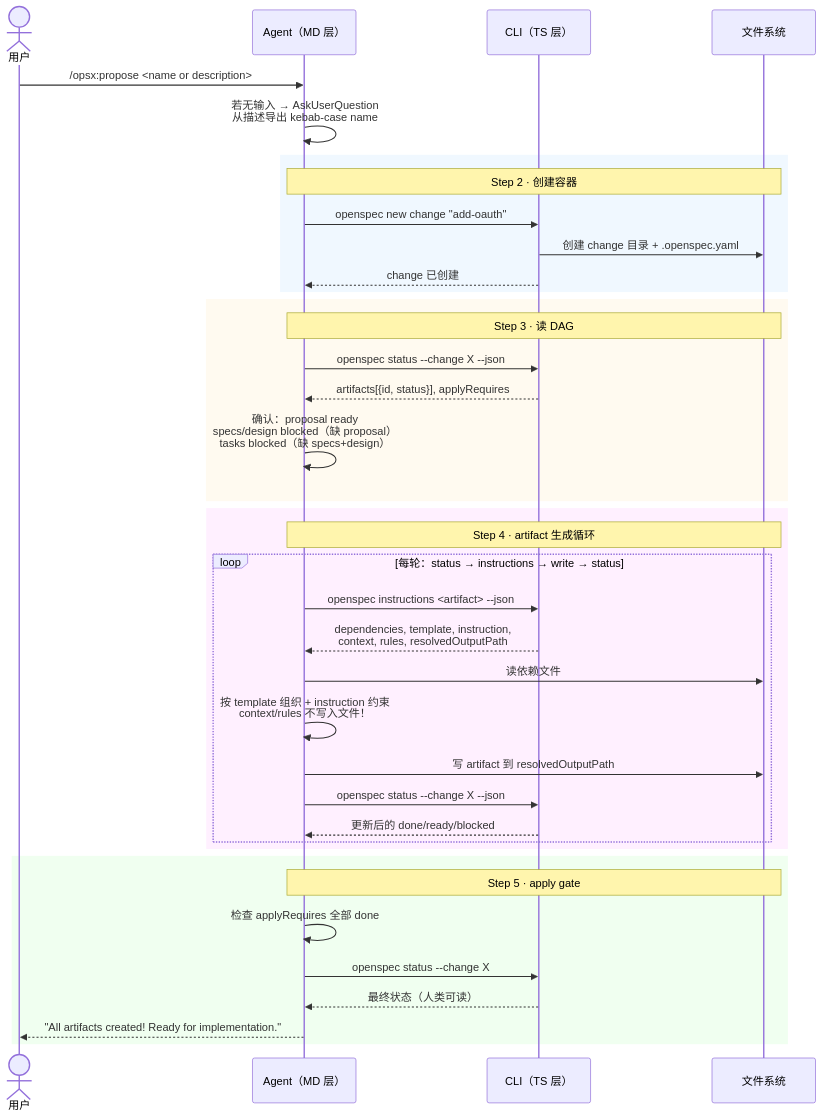
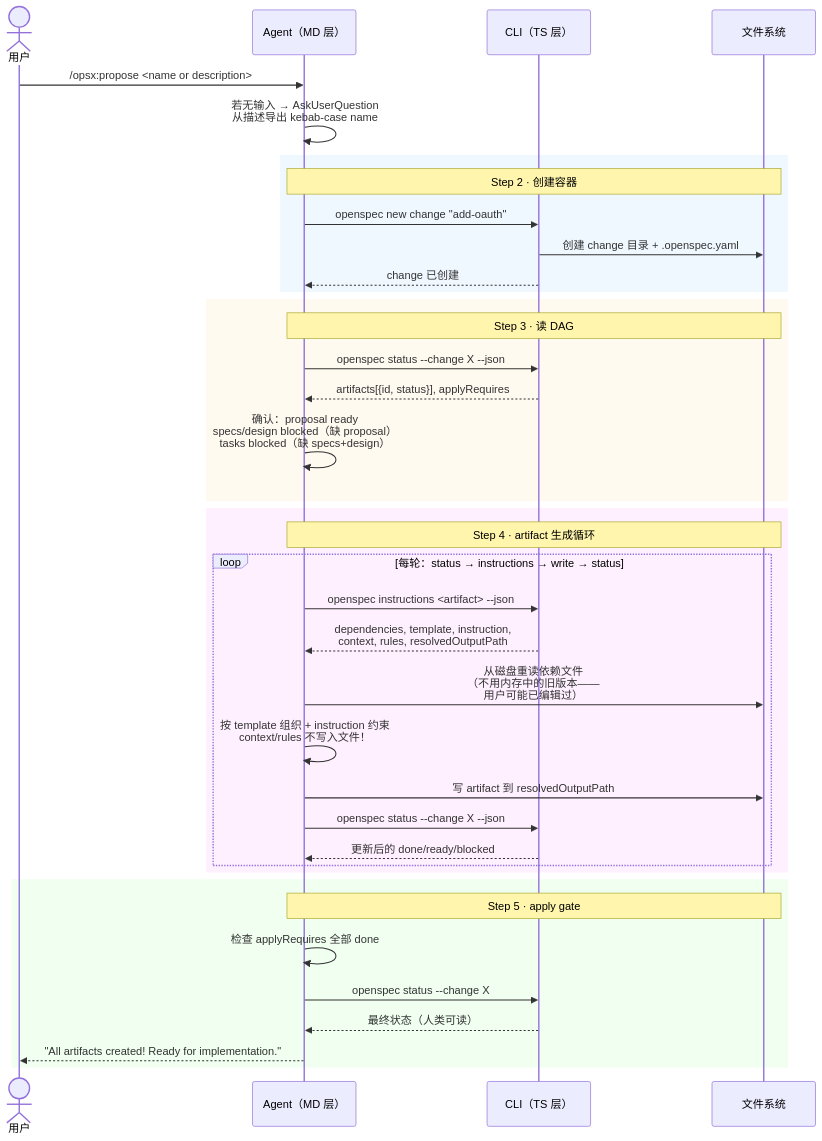
The diagram in _digested/workflows/02-propose.md (ethan-jiang-3/OpenSpec), drawn with Mermaid before and after one commit. The commit also changed other lines of this file and 10 other files, not shown here.

````diff
--- a/_digested/workflows/02-propose.md
+++ b/_digested/workflows/02-propose.md
@@ -40,45 +40,45 @@
 ```mermaid
 sequenceDiagram
     actor User as 用户
     participant MD as Agent（MD 层）
     participant TS as CLI（TS 层）
     participant FS as 文件系统
 
     User->>MD: /opsx:propose <name or description>
     MD->>MD: 若无输入 → AskUserQuestion<br/>从描述导出 kebab-case name
 
     rect rgb(240, 248, 255)
         Note over MD,FS: Step 2 · 创建容器
         MD->>TS: openspec new change "add-oauth"
         TS->>FS: 创建 change 目录 + .openspec.yaml
         TS-->>MD: change 已创建
     end
 
     rect rgb(255, 250, 240)
         Note over MD,FS: Step 3 · 读 DAG
         MD->>TS: openspec status --change X --json
         TS-->>MD: artifacts[{id, status}], applyRequires
         MD->>MD: 确认：proposal ready<br/>specs/design blocked（缺 proposal）<br/>tasks blocked（缺 specs+design）
     end
 
     rect rgb(255, 240, 255)
         Note over MD,FS: Step 4 · artifact 生成循环
         loop 每轮：status → instructions → write → status
             MD->>TS: openspec instructions <artifact> --json
             TS-->>MD: dependencies, template, instruction,<br/>context, rules, resolvedOutputPath
-            MD->>FS: 读依赖文件
+            MD->>FS: 从磁盘重读依赖文件<br/>（不用内存中的旧版本——<br/>用户可能已编辑过）
             MD->>MD: 按 template 组织 + instruction 约束<br/>context/rules 不写入文件！
             MD->>FS: 写 artifact 到 resolvedOutputPath
             MD->>TS: openspec status --change X --json
             TS-->>MD: 更新后的 done/ready/blocked
         end
     end
 
     rect rgb(240, 255, 240)
         Note over MD,FS: Step 5 · apply gate
         MD->>MD: 检查 applyRequires 全部 done
         MD->>TS: openspec status --change X
         TS-->>MD: 最终状态（人类可读）
         MD-->>User: "All artifacts created! Ready for implementation."
     end
 ```
````
